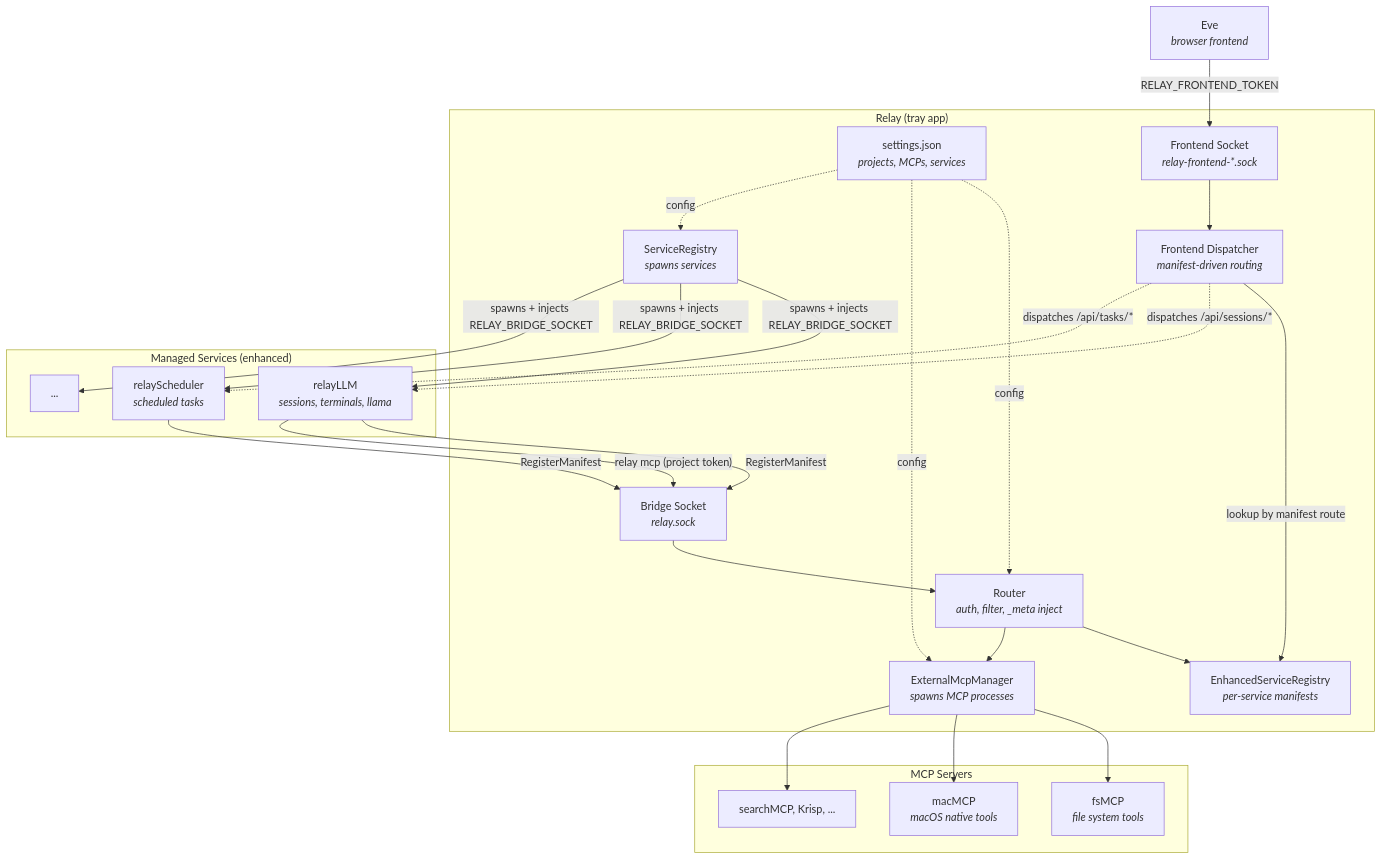
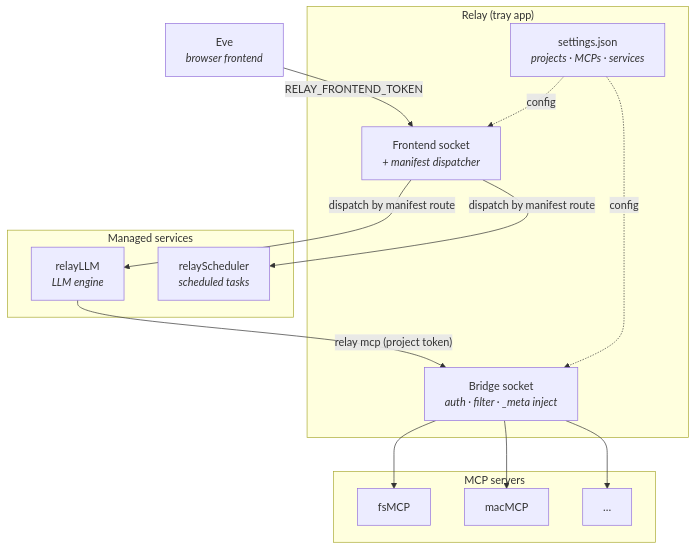
One commit to barelyworkingcode/relay changed the diagram in README.md. Above: the diagram before and after it, drawn with Mermaid. The commit also changed other lines of this file and 26 other files, not shown here.

````diff
--- a/README.md
+++ b/README.md
@@ -7,45 +15,27 @@
 ```mermaid
 graph TB
+    Eve["Eve<br/><i>browser frontend</i>"]
+
     subgraph Relay["Relay (tray app)"]
-        Settings["settings.json<br/><i>projects, MCPs, services</i>"]
-        Frontend["Frontend Socket<br/><i>relay-frontend-*.sock</i>"]
-        Dispatcher["Frontend Dispatcher<br/><i>manifest-driven routing</i>"]
-        Bridge["Bridge Socket<br/><i>relay.sock</i>"]
-        Router["Router<br/><i>auth, filter, _meta inject</i>"]
-        MCPMgr["ExternalMcpManager<br/><i>spawns MCP processes</i>"]
-        SvcReg["ServiceRegistry<br/><i>spawns services</i>"]
-        EnhReg["EnhancedServiceRegistry<br/><i>per-service manifests</i>"]
+        Frontend["Frontend socket<br/><i>+ manifest dispatcher</i>"]
+        Bridge["Bridge socket<br/><i>auth · filter · _meta inject</i>"]
+        Settings["settings.json<br/><i>projects · MCPs · services</i>"]
     end
 
-    subgraph MCPs["MCP Servers"]
-        fsMCP["fsMCP<br/><i>file system tools</i>"]
-        macMCP["macMCP<br/><i>macOS native tools</i>"]
-        Other["searchMCP, Krisp, ..."]
+    subgraph Services["Managed services"]
+        relayLLM["relayLLM<br/><i>LLM engine</i>"]
+        Scheduler["relayScheduler<br/><i>scheduled tasks</i>"]
     end
 
-    subgraph Services["Managed Services (enhanced)"]
-        relayLLM["relayLLM<br/><i>sessions, terminals, llama</i>"]
-        Scheduler["relayScheduler<br/><i>scheduled tasks</i>"]
-        Other2["..."]
+    subgraph MCPs["MCP servers"]
+        fsMCP["fsMCP"]
+        macMCP["macMCP"]
+        Other["…"]
     end
 
-    Eve["Eve<br/><i>browser frontend</i>"]
-
     Eve -->|RELAY_FRONTEND_TOKEN| Frontend
-    Frontend --> Dispatcher
-    Dispatcher -->|lookup by manifest route| EnhReg
-    Dispatcher -.->|dispatches /api/sessions/*| relayLLM
-    Dispatcher -.->|dispatches /api/tasks/*| Scheduler
-
-    relayLLM -->|RegisterManifest| Bridge
-    Scheduler -->|RegisterManifest| Bridge
-    Bridge --> Router
-    Router --> EnhReg
-
+    Frontend -->|dispatch by manifest route| relayLLM & Scheduler
     relayLLM -->|"relay mcp (project token)"| Bridge
-    Router --> MCPMgr
-    MCPMgr --> fsMCP & macMCP & Other
-
-    SvcReg -->|spawns + injects RELAY_BRIDGE_SOCKET| relayLLM & Scheduler & Other2
-    Settings -.->|config| Router & MCPMgr & SvcReg
+    Bridge --> fsMCP & macMCP & Other
+    Settings -.->|config| Bridge & Frontend
 ```
````
